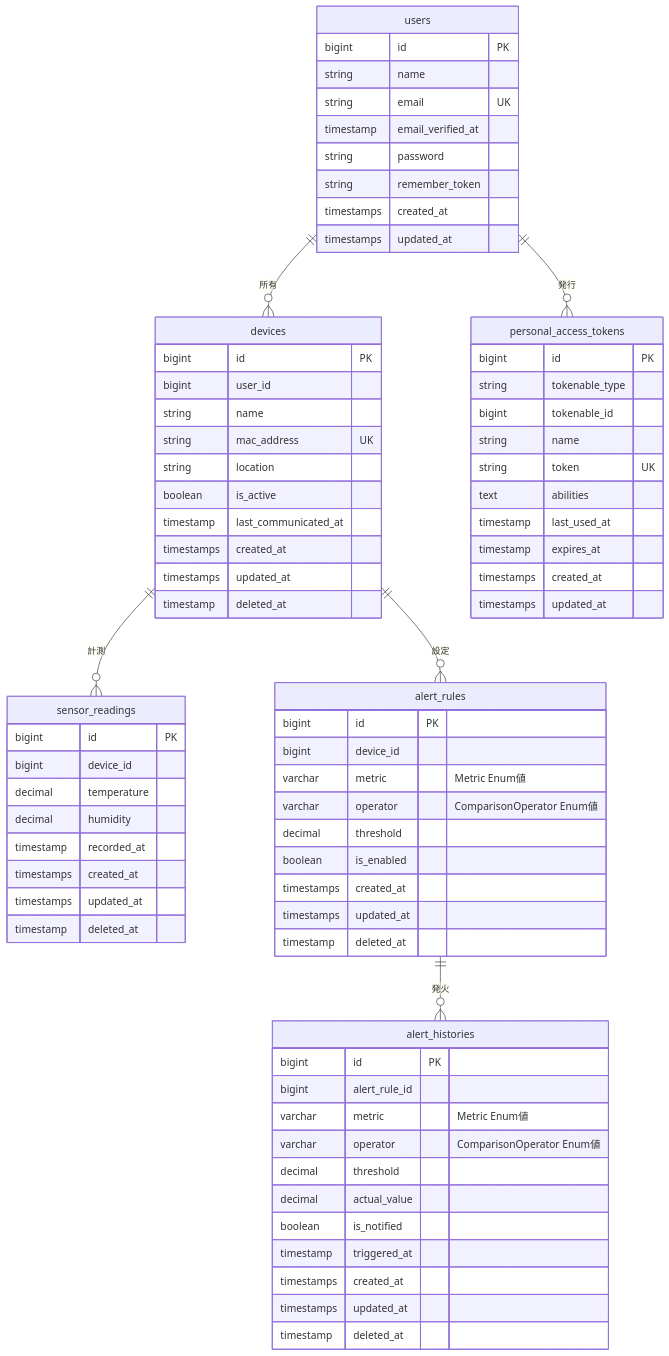
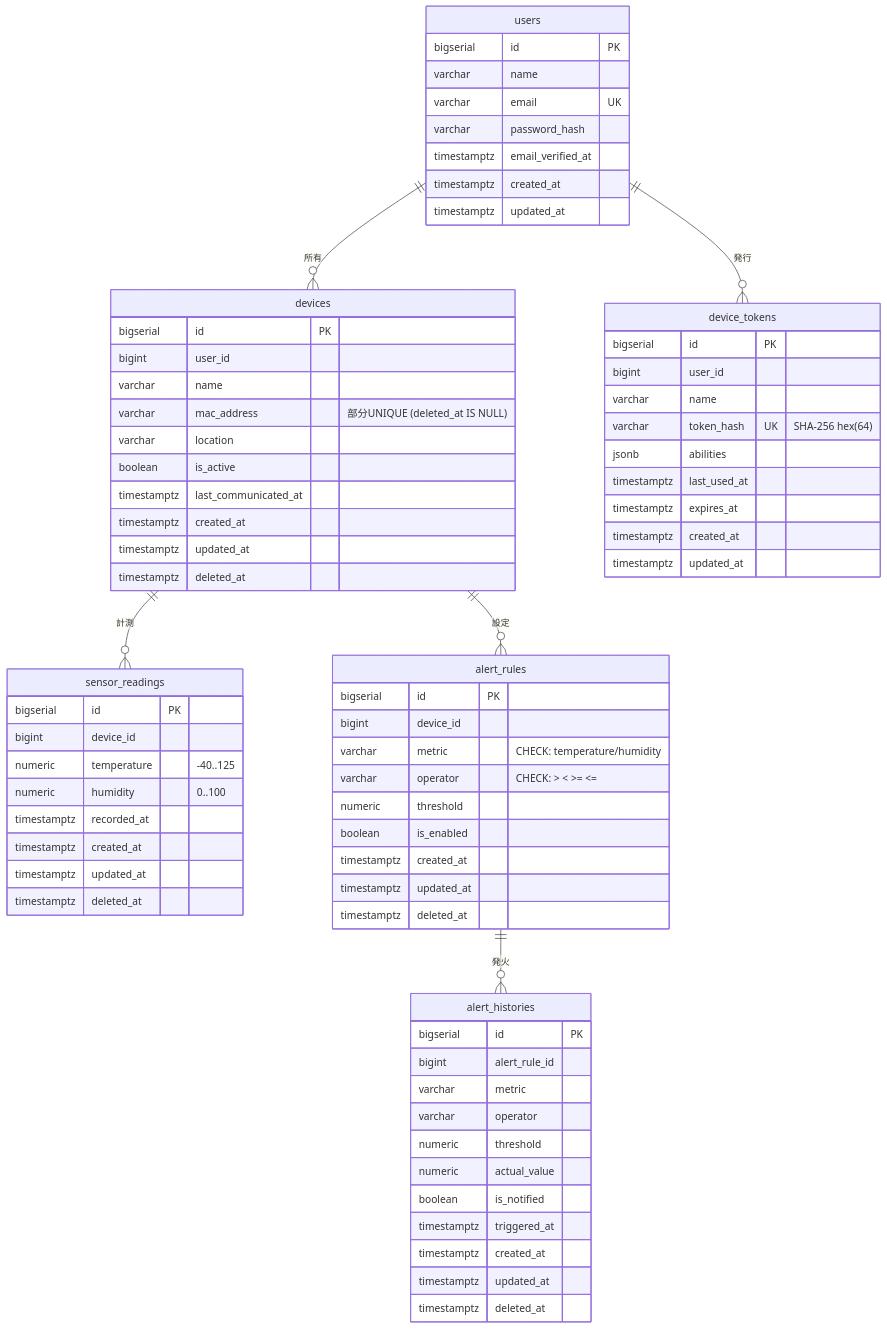
The diagram in 2cc_sdd/DB設計書.md (HiroshiKawano/go_iot), drawn with Mermaid before and after one commit. The commit also changed other lines of this file and 17 other files, not shown here.

````diff
--- a/2cc_sdd/DB設計書.md
+++ b/2cc_sdd/DB設計書.md
@@ -82,82 +78,80 @@
 ```mermaid
 erDiagram
     users ||--o{ devices : "所有"
-    users ||--o{ personal_access_tokens : "発行"
+    users ||--o{ device_tokens : "発行"
     devices ||--o{ sensor_readings : "計測"
     devices ||--o{ alert_rules : "設定"
     alert_rules ||--o{ alert_histories : "発火"
 
     users {
-        bigint id PK
-        string name
-        string email UK
-        timestamp email_verified_at
-        string password
-        string remember_token
-        timestamps created_at
-        timestamps updated_at
+        bigserial id PK
+        varchar name
+        varchar email UK
+        varchar password_hash
+        timestamptz email_verified_at
+        timestamptz created_at
+        timestamptz updated_at
     }
 
     devices {
-        bigint id PK
+        bigserial id PK
         bigint user_id
-        string name
-        string mac_address UK
-        string location
+        varchar name
+        varchar mac_address "部分UNIQUE (deleted_at IS NULL)"
+        varchar location
         boolean is_active
-        timestamp last_communicated_at
-        timestamps created_at
-        timestamps updated_at
-        timestamp deleted_at
+        timestamptz last_communicated_at
+        timestamptz created_at
+        timestamptz updated_at
+        timestamptz deleted_at
     }
 
-    personal_access_tokens {
-        bigint id PK
-        string tokenable_type
-        bigint tokenable_id
-        string name
-        string token UK
-        text abilities
-        timestamp last_used_at
-        timestamp expires_at
-        timestamps created_at
-        timestamps updated_at
+    device_tokens {
+        bigserial id PK
+        bigint user_id
+        varchar name
+        varchar token_hash UK "SHA-256 hex(64)"
+        jsonb abilities
+        timestamptz last_used_at
+        timestamptz expires_at
+        timestamptz created_at
+        timestamptz updated_at
     }
 
     sensor_readings {
-        bigint id PK
+        bigserial id PK
         bigint device_id
-        decimal temperature
-        decimal humidity
-        timestamp recorded_at
-        timestamps created_at
-        timestamps updated_at
-        timestamp deleted_at
+        numeric temperature "-40..125"
+        numeric humidity "0..100"
+        timestamptz recorded_at
+        timestamptz created_at
+        timestamptz updated_at
+        timestamptz deleted_at
     }
 
     alert_rules {
-        bigint id PK
+        bigserial id PK
         bigint device_id
-        varchar metric "Metric Enum値"
-        varchar operator "ComparisonOperator Enum値"
-        decimal threshold
+        varchar metric "CHECK: temperature/humidity"
+        varchar operator "CHECK: > < >= <="
+        numeric threshold
         boolean is_enabled
-        timestamps created_at
-        timestamps updated_at
-        timestamp deleted_at
+        timestamptz created_at
+        timestamptz updated_at
+        timestamptz deleted_at
     }
 
     alert_histories {
-        bigint id PK
+        bigserial id PK
         bigint alert_rule_id
-        varchar metric "Metric Enum値"
-        varchar operator "ComparisonOperator Enum値"
-        decimal threshold
-        decimal actual_value
+        varchar metric
+        varchar operator
+        numeric threshold
+        numeric actual_value
         boolean is_notified
-        timestamp triggered_at
-        timestamps created_at
-        timestamps updated_at
-        timestamp deleted_at
+        timestamptz triggered_at
+        timestamptz created_at
+        timestamptz updated_at
+        timestamptz deleted_at
     }
 ```
````
